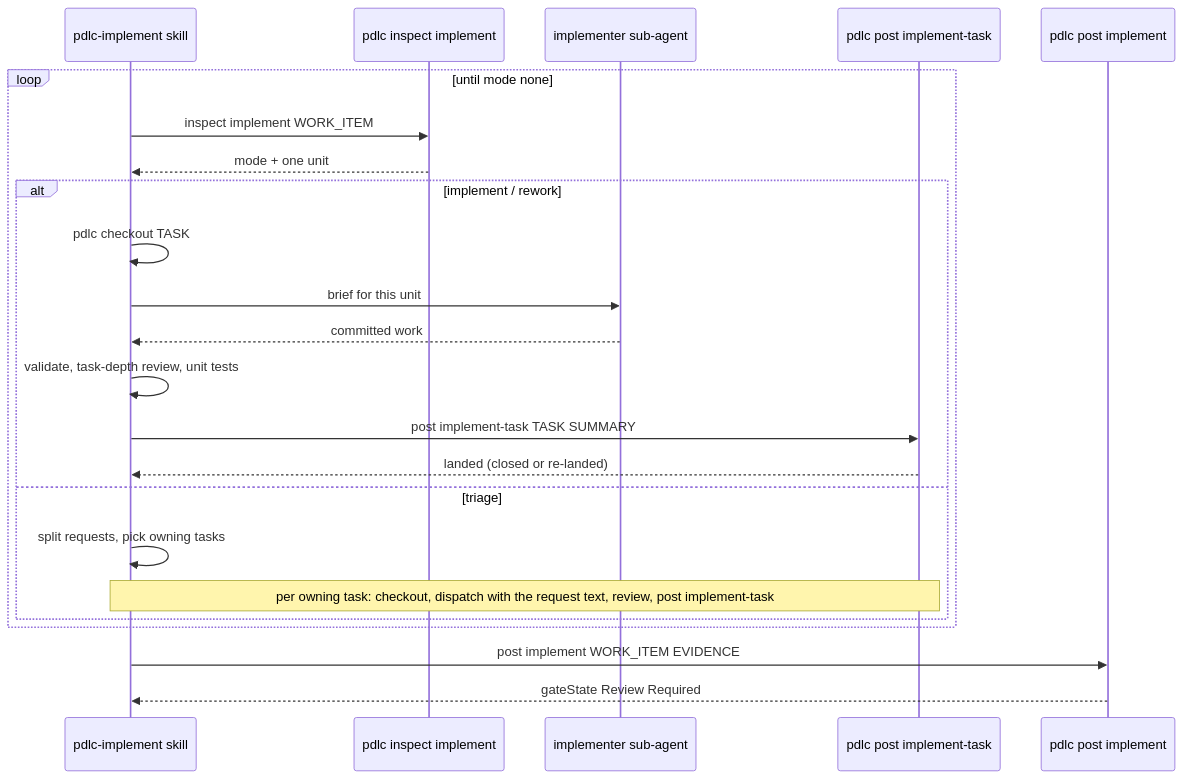
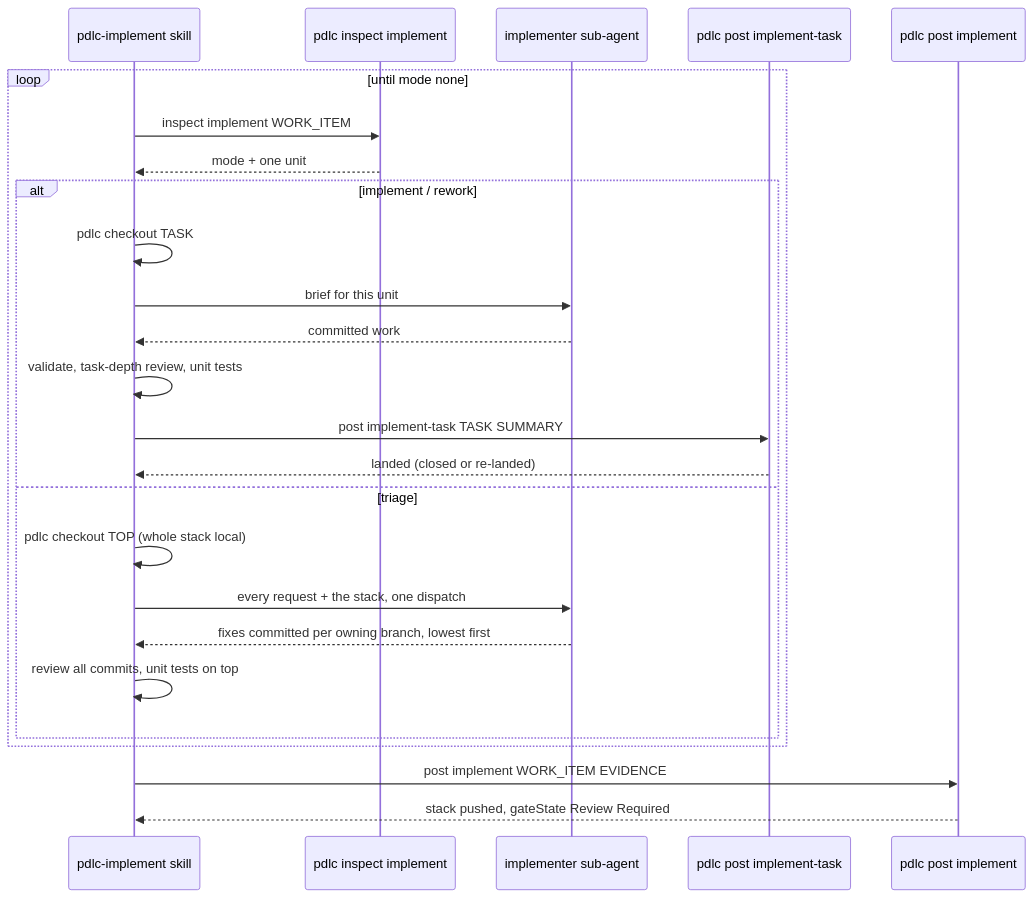
Before and after one commit to wsimf/pdlc: the second of 3 diagrams in docs/implement-modes-plan.md, drawn with Mermaid. The commit also changed other lines of this file and 16 other files, not shown here.

First line of the commit message:
feat: implement post escalate command to handle driver decisions

````diff
--- a/docs/implement-modes-plan.md
+++ b/docs/implement-modes-plan.md
@@ -83,25 +83,27 @@
 ```mermaid
 sequenceDiagram
     participant S as pdlc-implement skill
     participant I as pdlc inspect implement
     participant W as implementer sub-agent
     participant P as pdlc post implement-task
     participant Q as pdlc post implement
     loop until mode none
         S->>I: inspect implement WORK_ITEM
         I-->>S: mode + one unit
         alt implement / rework
             S->>S: pdlc checkout TASK
             S->>W: brief for this unit
             W-->>S: committed work
             S->>S: validate, task-depth review, unit tests
             S->>P: post implement-task TASK SUMMARY
             P-->>S: landed (closed or re-landed)
         else triage
-            S->>S: split requests, pick owning tasks
-            Note over S,P: per owning task: checkout, dispatch with the request text, review, post implement-task
+            S->>S: pdlc checkout TOP (whole stack local)
+            S->>W: every request + the stack, one dispatch
+            W-->>S: fixes committed per owning branch, lowest first
+            S->>S: review all commits, unit tests on top
         end
     end
     S->>Q: post implement WORK_ITEM EVIDENCE
-    Q-->>S: gateState Review Required
+    Q-->>S: stack pushed, gateState Review Required
 ```
````
